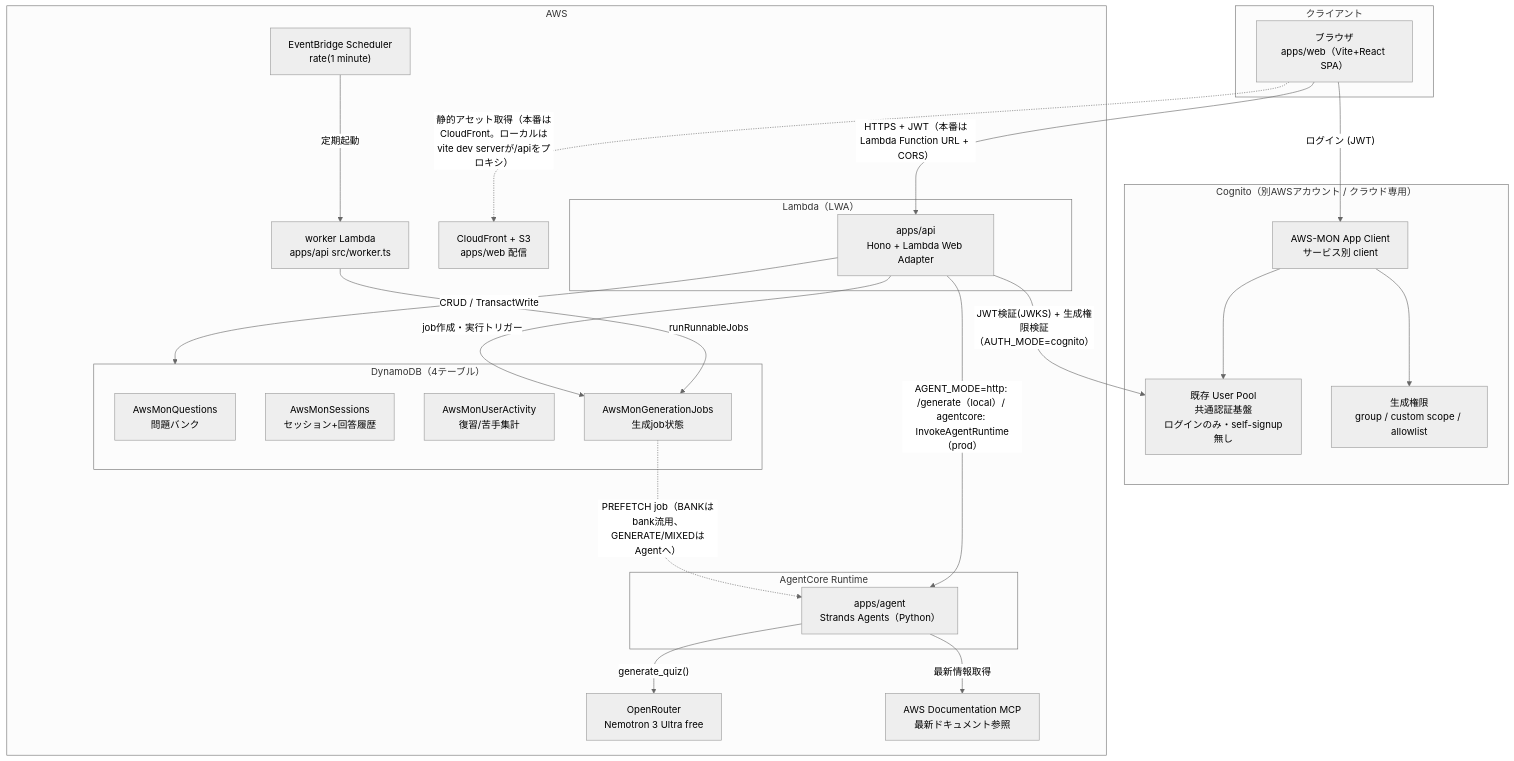
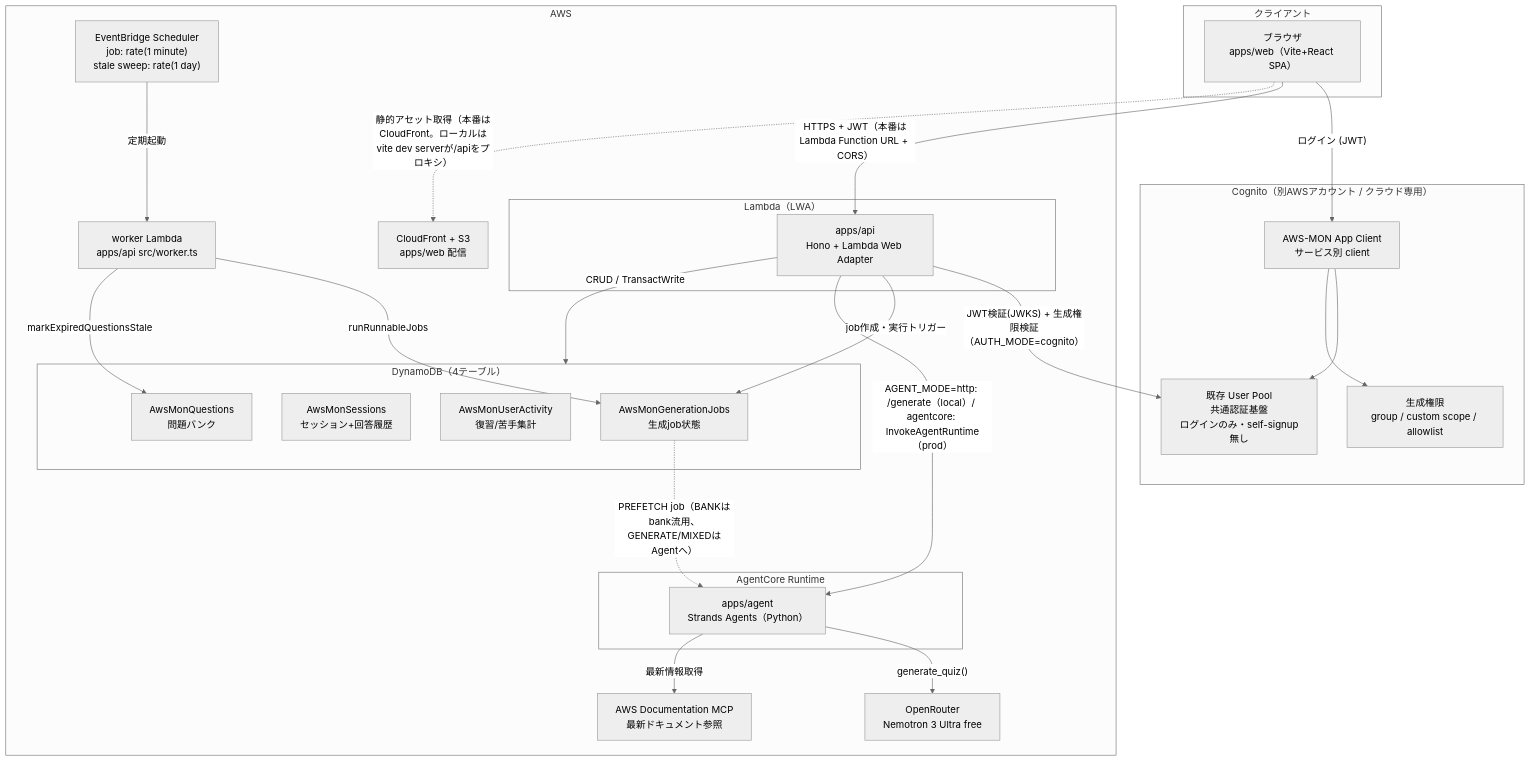
The first of 4 diagrams in docs/architecture.md (yuyumama/AWS-MON), drawn with Mermaid (neutral theme) before and after one commit. The commit also changed other lines of this file and 6 other files, not shown here.

First line of the commit message:
feat(worker): 期限切れ問題の STALE 化 worker を追加する (#127)

````diff
--- a/docs/architecture.md
+++ b/docs/architecture.md
@@ -9,54 +9,55 @@
 ```mermaid
 flowchart TB
     subgraph Client["クライアント"]
         Browser["ブラウザ<br/>apps/web（Vite+React SPA）"]
     end
 
     subgraph Cognito["Cognito（別AWSアカウント / クラウド専用）"]
         UserPool["既存 User Pool<br/>共通認証基盤<br/>ログインのみ・self-signup無し"]
         AppClient["AWS-MON App Client<br/>サービス別 client"]
         Scopes["生成権限<br/>group / custom scope / allowlist"]
     end
 
     subgraph AWS["AWS"]
         subgraph LambdaAPI["Lambda（LWA）"]
             API["apps/api<br/>Hono + Lambda Web Adapter"]
         end
 
         subgraph AgentCoreRuntime["AgentCore Runtime"]
             Agent["apps/agent<br/>Strands Agents（Python）"]
         end
 
         LLM["OpenRouter<br/>Nemotron 3 Ultra free"]
         MCP["AWS Documentation MCP<br/>最新ドキュメント参照"]
 
         subgraph DDB["DynamoDB（4テーブル）"]
             TQuestions["AwsMonQuestions<br/>問題バンク"]
             TSessions["AwsMonSessions<br/>セッション+回答履歴"]
             TActivity["AwsMonUserActivity<br/>復習/苦手集計"]
             TJobs["AwsMonGenerationJobs<br/>生成job状態"]
         end
 
         CFS3["CloudFront + S3<br/>apps/web 配信"]
-        Scheduler["EventBridge Scheduler<br/>rate(1 minute)"]
+        Scheduler["EventBridge Scheduler<br/>job: rate(1 minute)<br/>stale sweep: rate(1 day)"]
         Worker["worker Lambda<br/>apps/api src/worker.ts"]
     end
 
     Browser -- "ログイン (JWT)" --> AppClient
     AppClient --> UserPool
     AppClient --> Scopes
     Browser -- "HTTPS + JWT（本番はLambda Function URL + CORS）" --> API
     Browser -. "静的アセット取得（本番はCloudFront。ローカルはvite dev serverが/apiをプロキシ）" .-> CFS3
     Scheduler -- "定期起動" --> Worker
     Worker -- "runRunnableJobs" --> TJobs
+    Worker -- "markExpiredQuestionsStale" --> TQuestions
 
     API -- "JWT検証(JWKS) + 生成権限検証（AUTH_MODE=cognito）" --> UserPool
     API -- "CRUD / TransactWrite" --> DDB
     API -- "job作成・実行トリガー" --> TJobs
 
     Agent -- "generate_quiz()" --> LLM
     Agent -- "最新情報取得" --> MCP
     API -- "AGENT_MODE=http: /generate（local）/ agentcore: InvokeAgentRuntime（prod）" --> Agent
 
     TJobs -. "PREFETCH job（BANKはbank流用、GENERATE/MIXEDはAgentへ）" .-> Agent
 ```
````
